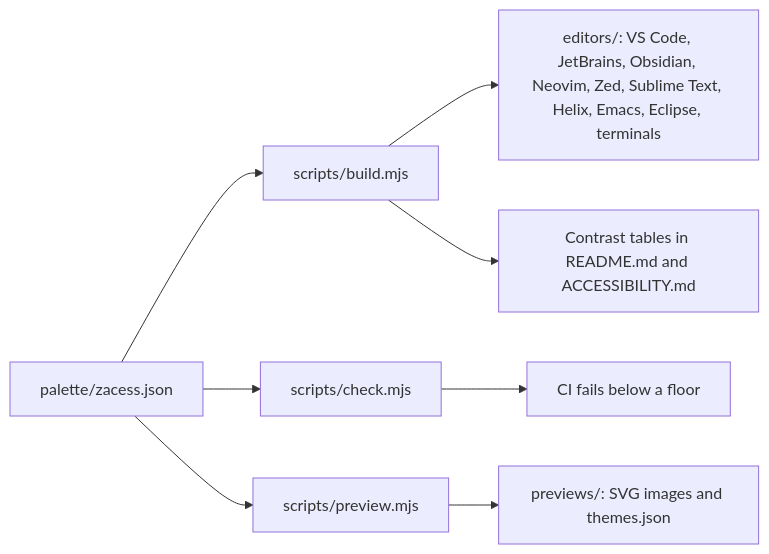
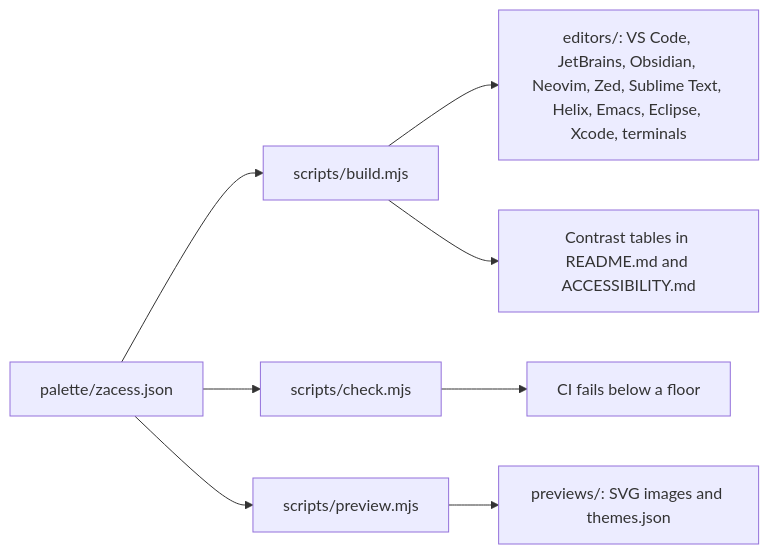
The diagram in README.md (zacesshq/themes), drawn with Mermaid before and after one commit. The commit also changed other lines of this file and 18 other files, not shown here.

````diff
--- a/README.md
+++ b/README.md
@@ -189,10 +201,10 @@
 ```mermaid
 flowchart LR
     Palette["palette/zacess.json"] --> Build["scripts/build.mjs"]
     Palette --> Check["scripts/check.mjs"]
     Palette --> Preview["scripts/preview.mjs"]
-    Build --> Editors["editors/: VS Code, JetBrains, Obsidian, Neovim, Zed, Sublime Text, Helix, Emacs, Eclipse, terminals"]
+    Build --> Editors["editors/: VS Code, JetBrains, Obsidian, Neovim, Zed, Sublime Text, Helix, Emacs, Eclipse, Xcode, terminals"]
     Build --> Tables["Contrast tables in README.md and ACCESSIBILITY.md"]
     Preview --> Previews["previews/: SVG images and themes.json"]
     Check --> CI["CI fails below a floor"]
 ```
````
